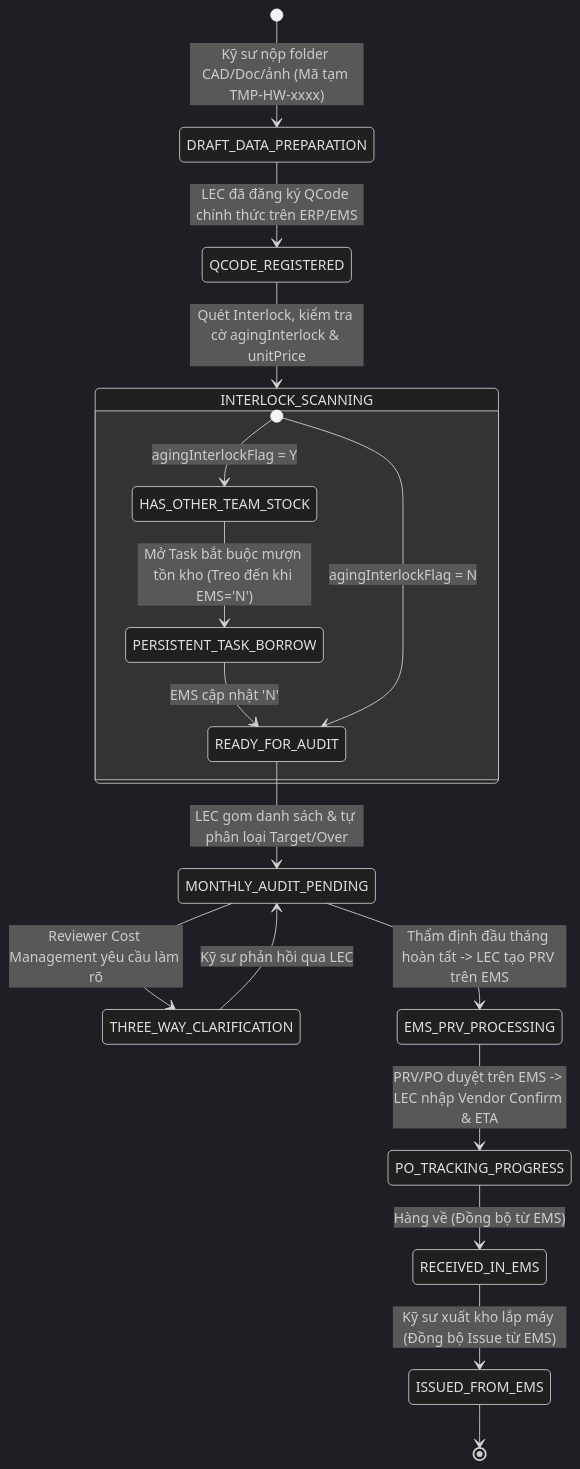
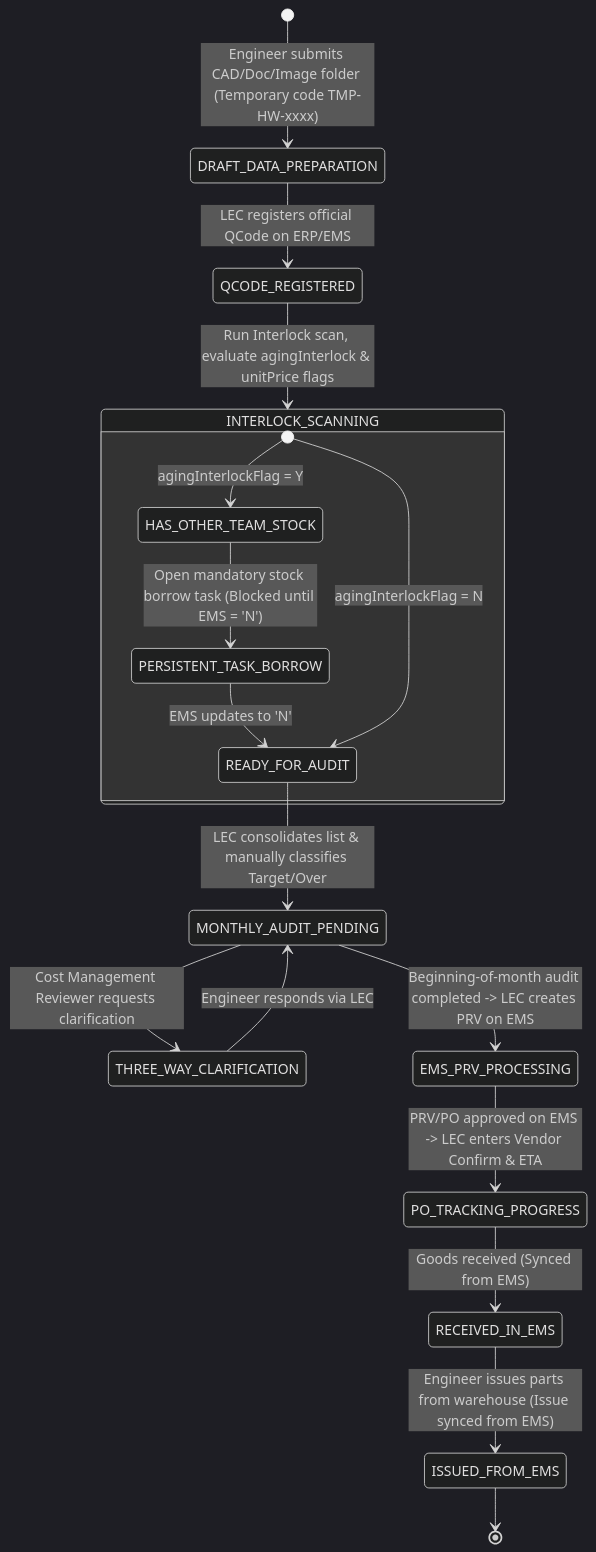
One commit to longphamduc-vn/ops-workflow changed the second of 2 diagrams in procurement-system/06-process-workflows-and-diagrams/01-end-to-end-procurement-workflow.md. Above: the diagram before and after it, drawn with Mermaid (dark theme). The commit also changed other lines of this file and 28 other files, not shown here.

````diff
--- a/procurement-system/06-process-workflows-and-diagrams/01-end-to-end-procurement-workflow.md
+++ b/procurement-system/06-process-workflows-and-diagrams/01-end-to-end-procurement-workflow.md
@@ -80,24 +80,24 @@
 ```mermaid
 stateDiagram-v2
-    [*] --> DRAFT_DATA_PREPARATION: Kỹ sư nộp folder CAD/Doc/ảnh (Mã tạm TMP-HW-xxxx)
-    DRAFT_DATA_PREPARATION --> QCODE_REGISTERED: LEC đã đăng ký QCode chính thức trên ERP/EMS
+    [*] --> DRAFT_DATA_PREPARATION: Engineer submits CAD/Doc/Image folder (Temporary code TMP-HW-xxxx)
+    DRAFT_DATA_PREPARATION --> QCODE_REGISTERED: LEC registers official QCode on ERP/EMS
     
-    QCODE_REGISTERED --> INTERLOCK_SCANNING: Quét Interlock, kiểm tra cờ agingInterlock & unitPrice
+    QCODE_REGISTERED --> INTERLOCK_SCANNING: Run Interlock scan, evaluate agingInterlock & unitPrice flags
     
     state INTERLOCK_SCANNING {
         [*] --> HAS_OTHER_TEAM_STOCK: agingInterlockFlag = Y
-        HAS_OTHER_TEAM_STOCK --> PERSISTENT_TASK_BORROW: Mở Task bắt buộc mượn tồn kho (Treo đến khi EMS='N')
-        PERSISTENT_TASK_BORROW --> READY_FOR_AUDIT: EMS cập nhật 'N'
+        HAS_OTHER_TEAM_STOCK --> PERSISTENT_TASK_BORROW: Open mandatory stock borrow task (Blocked until EMS = 'N')
+        PERSISTENT_TASK_BORROW --> READY_FOR_AUDIT: EMS updates to 'N'
         [*] --> READY_FOR_AUDIT: agingInterlockFlag = N
     }
     
-    READY_FOR_AUDIT --> MONTHLY_AUDIT_PENDING: LEC gom danh sách & tự phân loại Target/Over
-    MONTHLY_AUDIT_PENDING --> THREE_WAY_CLARIFICATION: Reviewer Cost Management yêu cầu làm rõ
-    THREE_WAY_CLARIFICATION --> MONTHLY_AUDIT_PENDING: Kỹ sư phản hồi qua LEC
+    READY_FOR_AUDIT --> MONTHLY_AUDIT_PENDING: LEC consolidates list & manually classifies Target/Over
+    MONTHLY_AUDIT_PENDING --> THREE_WAY_CLARIFICATION: Cost Management Reviewer requests clarification
+    THREE_WAY_CLARIFICATION --> MONTHLY_AUDIT_PENDING: Engineer responds via LEC
     
-    MONTHLY_AUDIT_PENDING --> EMS_PRV_PROCESSING: Thẩm định đầu tháng hoàn tất -> LEC tạo PRV trên EMS
-    EMS_PRV_PROCESSING --> PO_TRACKING_PROGRESS: PRV/PO duyệt trên EMS -> LEC nhập Vendor Confirm & ETA
-    PO_TRACKING_PROGRESS --> RECEIVED_IN_EMS: Hàng về (Đồng bộ từ EMS)
-    RECEIVED_IN_EMS --> ISSUED_FROM_EMS: Kỹ sư xuất kho lắp máy (Đồng bộ Issue từ EMS)
+    MONTHLY_AUDIT_PENDING --> EMS_PRV_PROCESSING: Beginning-of-month audit completed -> LEC creates PRV on EMS
+    EMS_PRV_PROCESSING --> PO_TRACKING_PROGRESS: PRV/PO approved on EMS -> LEC enters Vendor Confirm & ETA
+    PO_TRACKING_PROGRESS --> RECEIVED_IN_EMS: Goods received (Synced from EMS)
+    RECEIVED_IN_EMS --> ISSUED_FROM_EMS: Engineer issues parts from warehouse (Issue synced from EMS)
     ISSUED_FROM_EMS --> [*]
 ```
````
